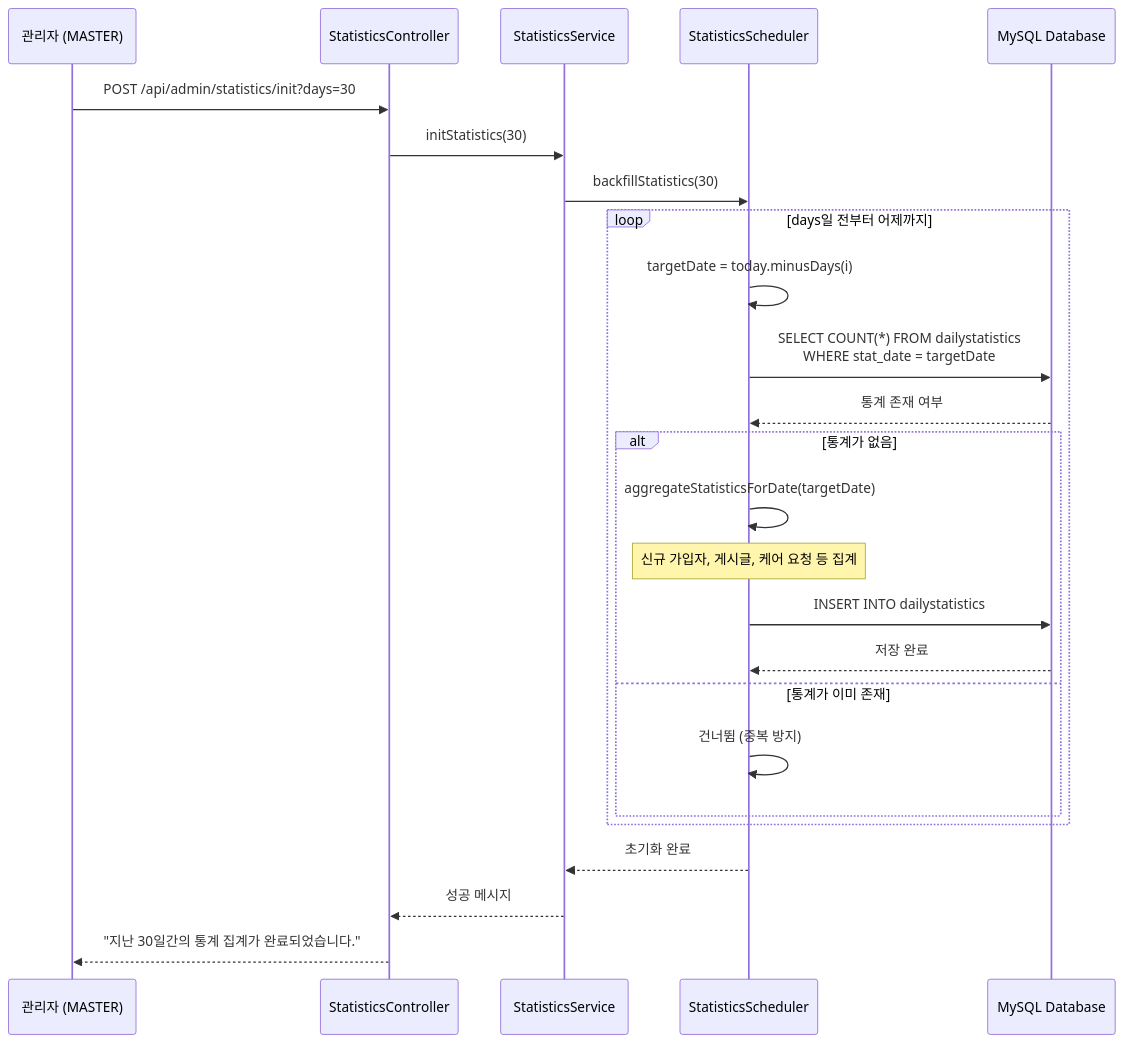
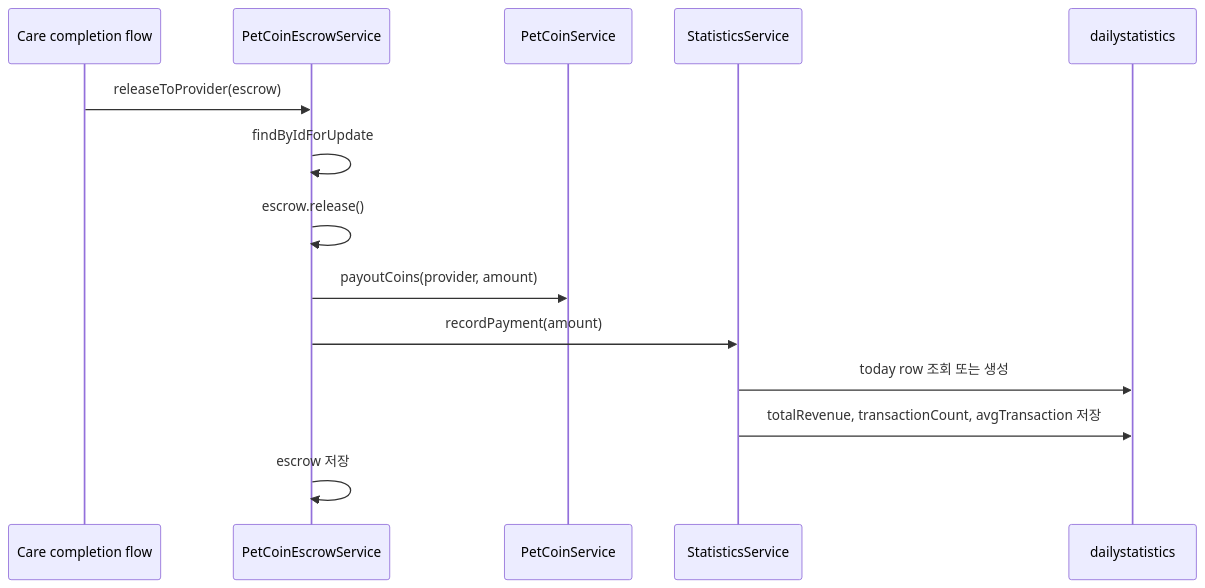
One commit to makkong1/makkong1-github.io changed the fourth of 7 diagrams in docs/architecture/관리자 대시보드 & 통계 시스템 아키텍처.md. Above: the diagram before and after it, drawn with Mermaid. The commit also changed other lines of this file and 55 other files, not shown here.

````diff
--- a/docs/architecture/관리자 대시보드 & 통계 시스템 아키텍처.md
+++ b/docs/architecture/관리자 대시보드 & 통계 시스템 아키텍처.md
@@ -436,31 +160,17 @@
 ```mermaid
 sequenceDiagram
-    participant Admin as 관리자 (MASTER)
-    participant API as StatisticsController
-    participant Service as StatisticsService
-    participant Scheduler as StatisticsScheduler
-    participant MySQL as MySQL Database
-    
-    Admin->>API: POST /api/admin/statistics/init?days=30
-    API->>Service: initStatistics(30)
-    Service->>Scheduler: backfillStatistics(30)
-    
-    loop days일 전부터 어제까지
-        Scheduler->>Scheduler: targetDate = today.minusDays(i)
-        Scheduler->>MySQL: SELECT COUNT(*) FROM dailystatistics<br/>WHERE stat_date = targetDate
-        MySQL-->>Scheduler: 통계 존재 여부
-        
-        alt 통계가 없음
-            Scheduler->>Scheduler: aggregateStatisticsForDate(targetDate)
-            Note over Scheduler: 신규 가입자, 게시글, 케어 요청 등 집계
-            Scheduler->>MySQL: INSERT INTO dailystatistics
-            MySQL-->>Scheduler: 저장 완료
-        else 통계가 이미 존재
-            Scheduler->>Scheduler: 건너뜀 (중복 방지)
-        end
-    end
-    
-    Scheduler-->>Service: 초기화 완료
-    Service-->>API: 성공 메시지
-    API-->>Admin: "지난 30일간의 통계 집계가 완료되었습니다."
+  participant Care as Care completion flow
+  participant Escrow as PetCoinEscrowService
+  participant Coin as PetCoinService
+  participant Stats as StatisticsService
+  participant Daily as dailystatistics
+
+  Care->>Escrow: releaseToProvider(escrow)
+  Escrow->>Escrow: findByIdForUpdate
+  Escrow->>Escrow: escrow.release()
+  Escrow->>Coin: payoutCoins(provider, amount)
+  Escrow->>Stats: recordPayment(amount)
+  Stats->>Daily: today row 조회 또는 생성
+  Stats->>Daily: totalRevenue, transactionCount, avgTransaction 저장
+  Escrow->>Escrow: escrow 저장
 ```
````
